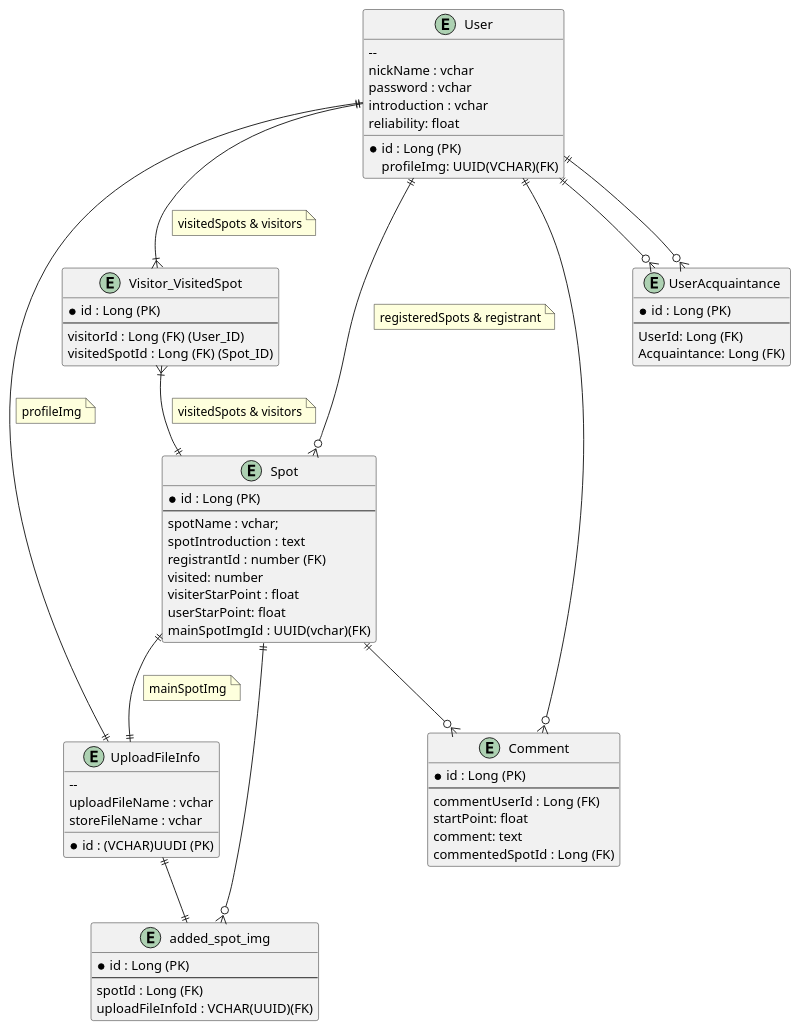
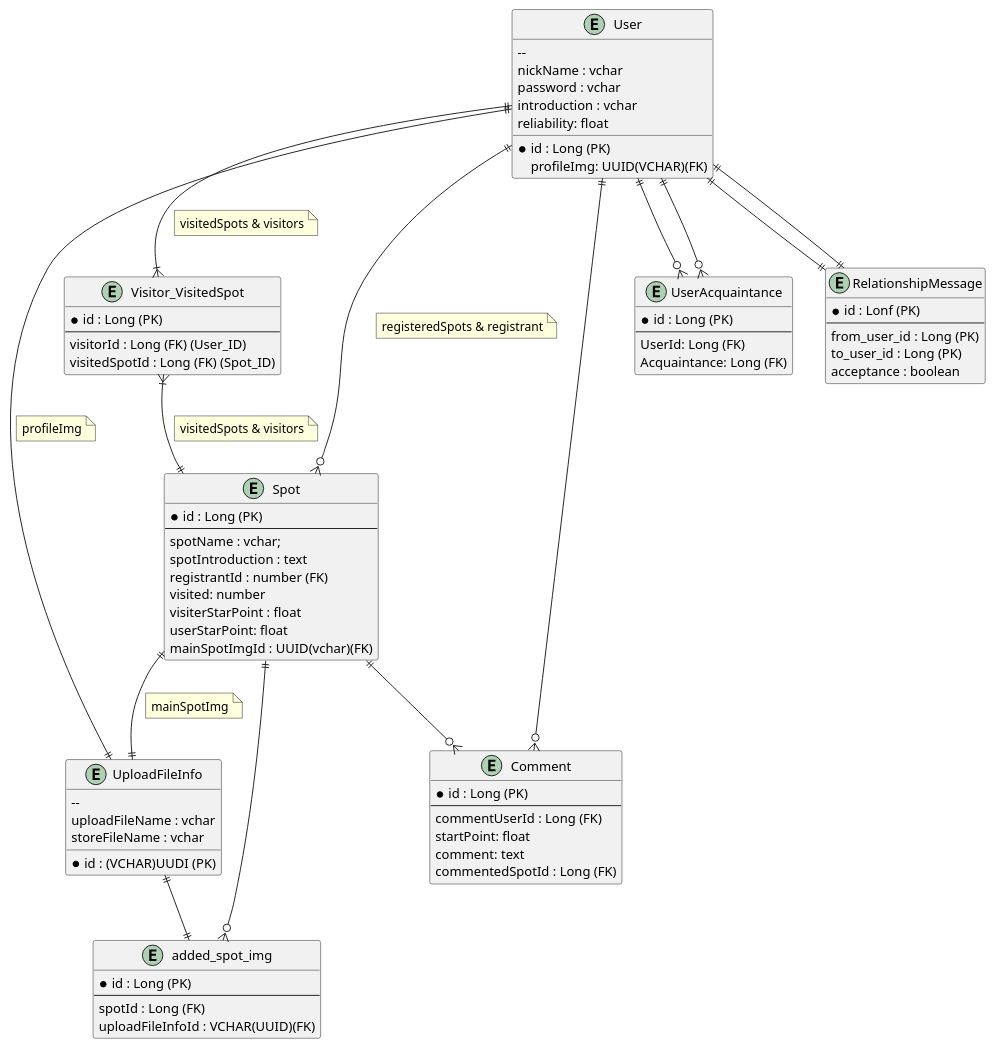
Before and after one commit to jansegety/ourShef: the diagram in uml/outShef_ERDiagram.wsd, drawn with PlantUML. The commit also changed 22 other files, not shown here.

```diff
--- a/uml/outShef_ERDiagram.wsd
+++ b/uml/outShef_ERDiagram.wsd
@@ -1,94 +1,102 @@
-@startuml
+@startuml ERDiagram
 
 entity User {
 *id : Long (PK)
   --
 nickName : vchar
 password : vchar
 introduction : vchar
 reliability: float
 profileImg: UUID(VCHAR)(FK) 
 
 }
 
 entity Visitor_VisitedSpot {
   *id : Long (PK)
   --
   visitorId : Long (FK) (User_ID)
   visitedSpotId : Long (FK) (Spot_ID)
 }
 
 entity Spot {
   *id : Long (PK)
   --
   spotName : vchar;
   spotIntroduction : text
   registrantId : number (FK)
   visited: number
   visiterStarPoint : float 
   userStarPoint: float
   mainSpotImgId : UUID(vchar)(FK) 
 }
 
 
 entity UploadFileInfo {
 *id : (VCHAR)UUDI (PK)
  --
   uploadFileName : vchar
   storeFileName : vchar
 }
 
 entity added_spot_img {
  *id : Long (PK)
  --
  spotId : Long (FK)
   uploadFileInfoId : VCHAR(UUID)(FK)
 }
 
 entity Comment {
 *id : Long (PK)
 --
 commentUserId : Long (FK)
 startPoint: float
 comment: text
 commentedSpotId : Long (FK)
 }
 
 entity UserAcquaintance {
   *id : Long (PK)
   --
   UserId: Long (FK)
   Acquaintance: Long (FK)
 }
 
-
-
+entity RelationshipMessage{
+  *id : Lonf (PK)
+  --
+  from_user_id : Long (PK)
+  to_user_id : Long (PK)
+  acceptance : boolean 
+}
 
 
 User ||--|{ Visitor_VisitedSpot
 note on link : visitedSpots & visitors
 
 User ||--o{ Spot
 note on link : registeredSpots & registrant
 
 Visitor_VisitedSpot }|--|| Spot
 note on link : visitedSpots & visitors
 
 User ||--|| UploadFileInfo
 note on link : profileImg
 
 Spot ||--|| UploadFileInfo
 note on link : mainSpotImg
 
 Spot ||--o{ added_spot_img
 
 UploadFileInfo ||--|| added_spot_img
 
 User ||--o{ Comment
 
 Spot ||--o{ Comment
 
 User ||--o{ UserAcquaintance
 User ||--o{ UserAcquaintance
 
+User ||--|| RelationshipMessage
+User ||--|| RelationshipMessage
+
 @enduml
```
